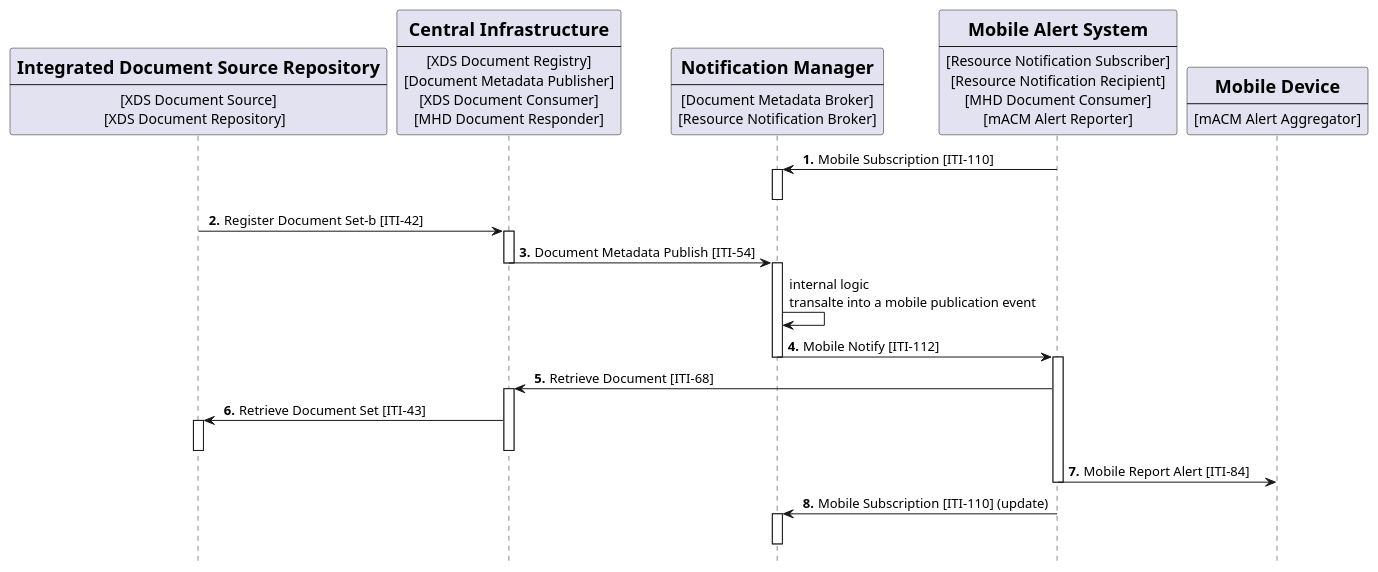
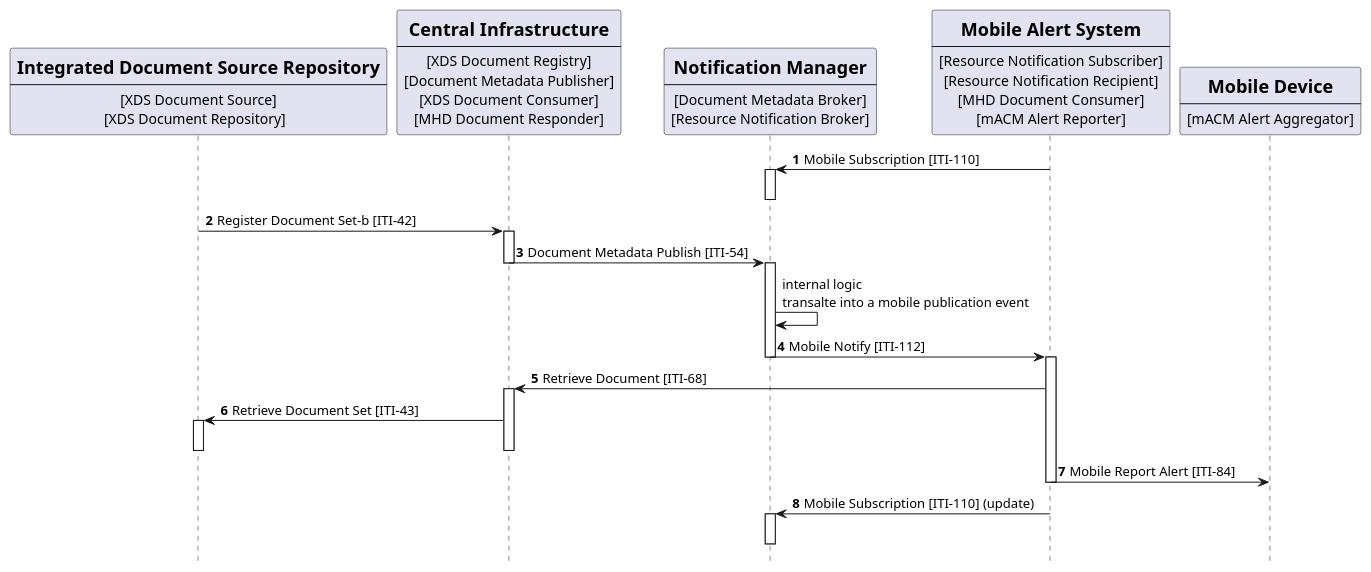
One commit to IHE/ITI.DSUBm changed the diagram in input/images-source/usecase5-processflow.plantuml. Above: the diagram before and after it, drawn with PlantUML. The commit also changed 5 other files, not shown here.

```diff
--- a/input/images-source/usecase5-processflow.plantuml
+++ b/input/images-source/usecase5-processflow.plantuml
@@ -1,75 +1,75 @@
 @startuml
 skinparam svgDimensionStyle false
 hide footbox
 /'title "Subscription with DSUBm on DSUB infrastructure from Mobile Device" '/
 
 
 participant Repository [
     =Integrated Document Source Repository
     ----
     [XDS Document Source]
     [XDS Document Repository]  
 ] 
 
 participant Central [
     =Central Infrastructure
     ----
     [XDS Document Registry]
     [Document Metadata Publisher]
     [XDS Document Consumer]
     [MHD Document Responder]
 ] 
 
 participant Broker [
     =Notification Manager
     ----
     [Document Metadata Broker]
     [Resource Notification Broker]
 ] 
 
 
 participant MobDevice [
     =Mobile Alert System 
     ----
     [Resource Notification Subscriber]
     [Resource Notification Recipient]
     [MHD Document Consumer]
     [mACM Alert Reporter]
 ] 
 
 participant Device [
     =Mobile Device
     ----
     [mACM Alert Aggregator]
 ] 
 
-autonumber "<b> ."
+autonumber "<b>"
 MobDevice -> Broker: Mobile Subscription [ITI-110]
 activate Broker
 deactivate Broker
 Repository -> Central: Register Document Set-b [ITI-42]
 activate Central
 Central -> Broker:  Document Metadata Publish [ITI-54]
 deactivate Central
 activate Broker
 autonumber stop 
 Broker -> Broker: internal logic\ntransalte into a mobile publication event
-autonumber 4 "<b> ."
+autonumber 4 "<b>"
 Broker  -> MobDevice: Mobile Notify [ITI-112]
 deactivate Broker
 
 activate MobDevice
 MobDevice -> Central: Retrieve Document [ITI-68]
 activate Central
 Central -> Repository: Retrieve Document Set [ITI-43]
 activate Repository
 deactivate Repository
 deactivate Central
 MobDevice -> Device: Mobile Report Alert [ITI-84]
 deactivate MobDevice
 
 MobDevice -> Broker: Mobile Subscription [ITI-110] (update)
 activate Broker
 deactivate Broker
 
 @enduml
```
